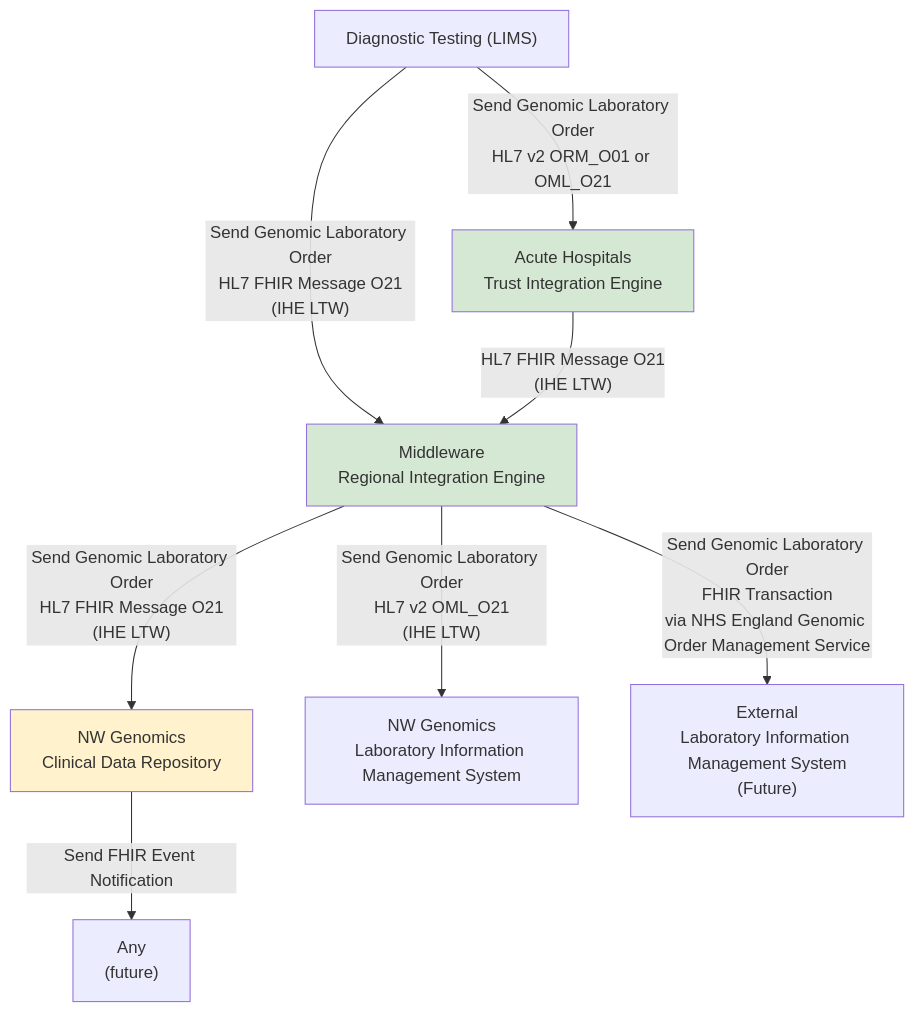
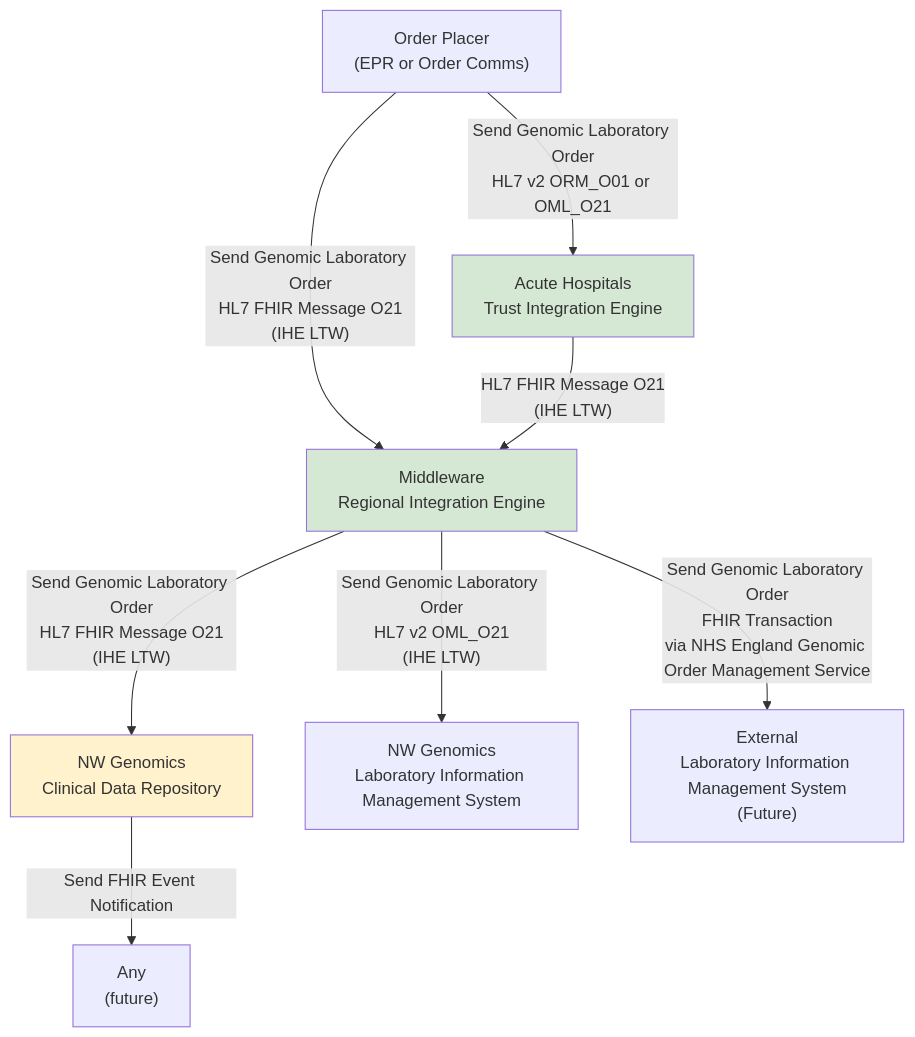
Before and after one commit to uk-gov-mirror/nw-gmsa.nw-gmsa.github.com: the first of 2 diagrams in input/pagecontent/LTW.md, drawn with Mermaid. The commit also changed other lines of this file and 1 other file, not shown here.

````diff
--- a/input/pagecontent/LTW.md
+++ b/input/pagecontent/LTW.md
@@ -63,16 +63,16 @@
 ```mermaid
 graph TD;
-    Receive["Diagnostic Testing (LIMS)"] --> |Send Genomic Laboratory Order<br/>HL7 v2 ORM_O01 or OML_O21| OR[Acute Hospitals<br/>Trust Integration Engine]
+    Receive["Order Placer<br/>(EPR or Order Comms)"] --> |Send Genomic Laboratory Order<br/>HL7 v2 ORM_O01 or OML_O21| OR[Acute Hospitals<br/>Trust Integration Engine]
     Receive --> |"Send Genomic Laboratory Order<br/>HL7 FHIR Message O21<br/>(IHE LTW)"| RIE
     OR --> |"HL7 FHIR Message O21<br/>(IHE LTW)"| RIE[Middleware<br/>Regional Integration Engine] 
     RIE --> |"Send Genomic Laboratory Order<br/>HL7 FHIR Message O21<br/>(IHE LTW)"| CDR[NW Genomics<br/>Clinical Data Repository]
     CDR --> |Send FHIR Event Notification| Any["Any <br/>(future)"]
     RIE --> |"Send Genomic Laboratory Order<br/>HL7 v2 OML_O21<br/>(IHE LTW)"| EHRTIE[NW Genomics<br/>Laboratory Information Management System] 
     RIE --> |"Send Genomic Laboratory Order<br/>FHIR Transaction<br/>via NHS England Genomic Order Management Service"| GOMS["External<br/>Laboratory Information Management System<br/>(Future)"] 
     
     classDef green fill:#D5E8D4;
     classDef yellow fill:#FFF2CC;
     class RIE green;
     class OR green;
     class CDR yellow;
 ```
````
